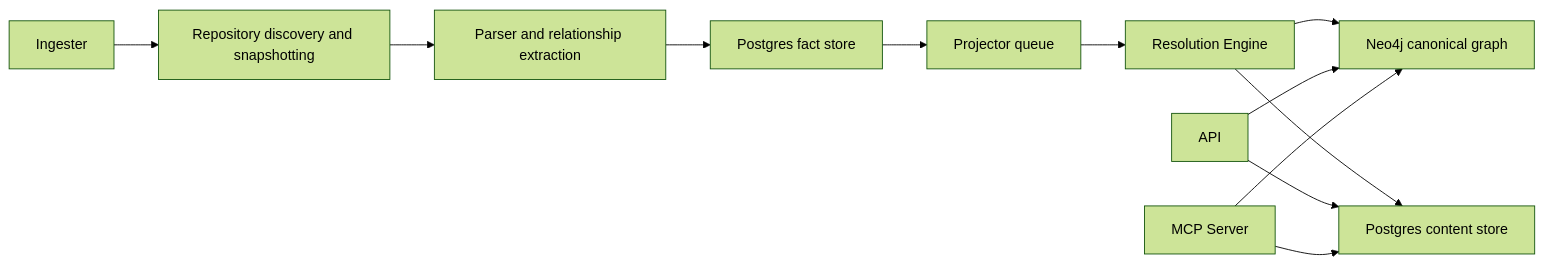
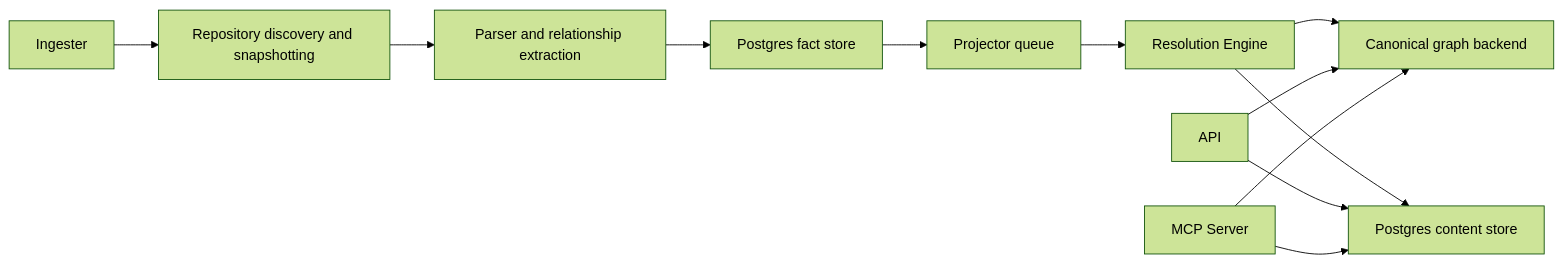
One commit to platformcontext/platform-context-graph changed the first of 3 diagrams in docs/docs/architecture.md. Above: the diagram before and after it, drawn with Mermaid (forest theme). The commit also changed other lines of this file and 153 other files, not shown here.

````diff
--- a/docs/docs/architecture.md
+++ b/docs/docs/architecture.md
@@ -44,14 +47,14 @@
 ```mermaid
 flowchart LR
   A["Ingester"] --> B["Repository discovery and snapshotting"]
   B --> C["Parser and relationship extraction"]
   C --> D["Postgres fact store"]
   D --> E["Projector queue"]
   E --> F["Resolution Engine"]
-  F --> G["Neo4j canonical graph"]
+  F --> G["Canonical graph backend"]
   F --> H["Postgres content store"]
   I["API"] --> G
   I["API"] --> H
   J["MCP Server"] --> G
   J["MCP Server"] --> H
 ```
````
